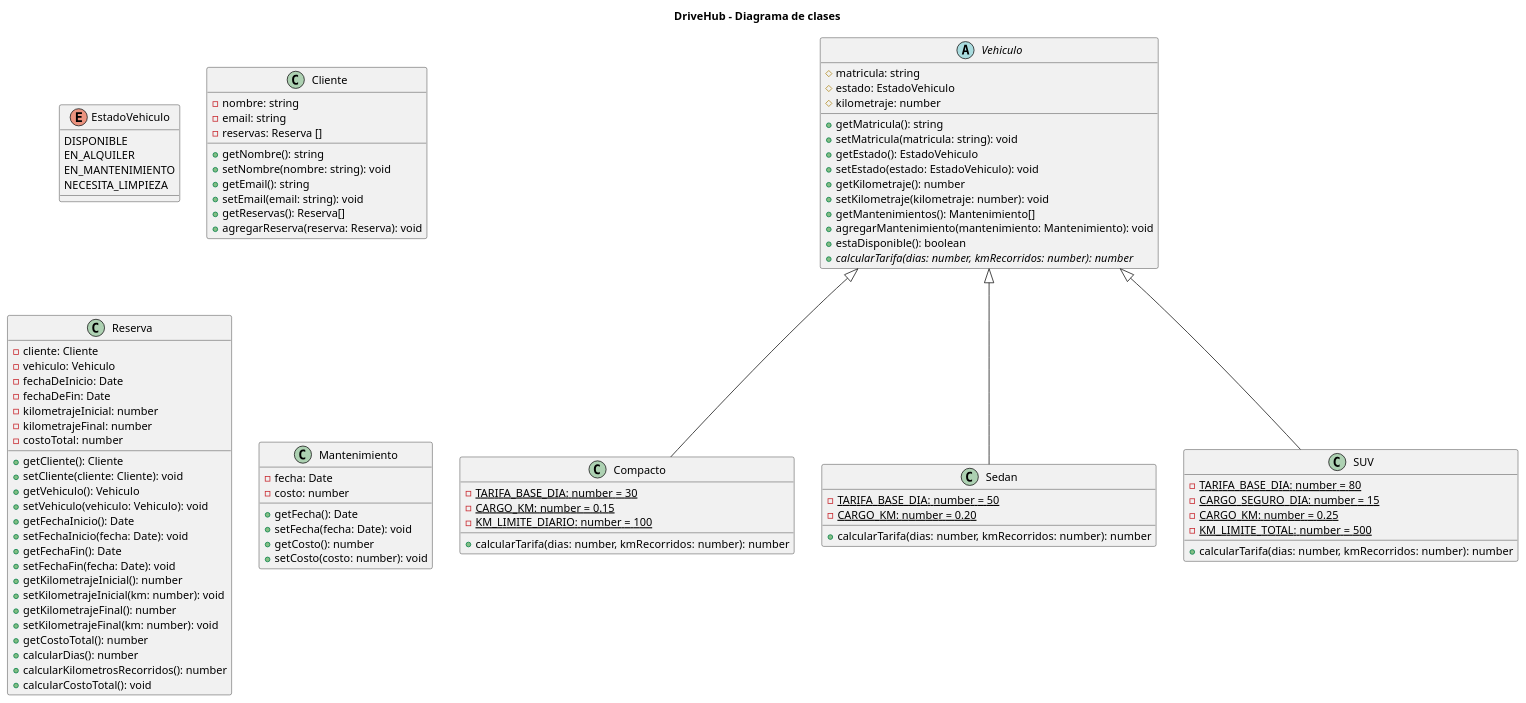
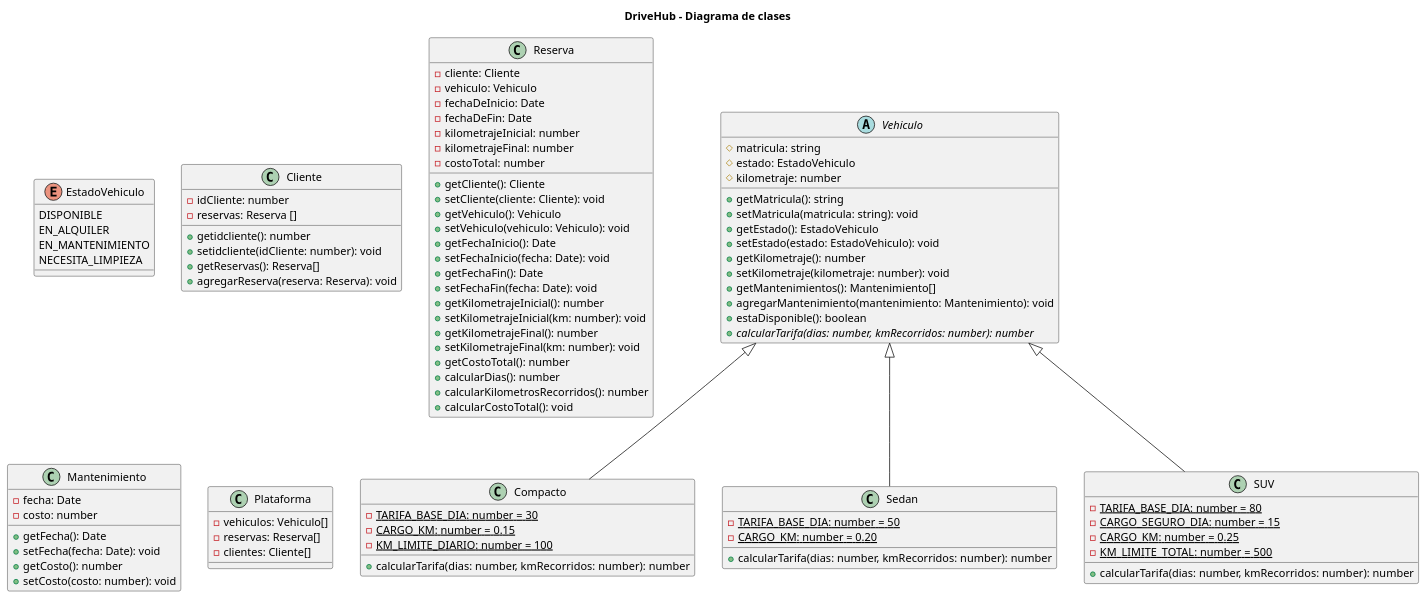
One commit to martingustavolopez/PROGRAMACION-II-CUVL changed the diagram in diagramas/diagrama.puml. Above: the diagram before and after it, drawn with PlantUML. The commit also changed 6 other files, not shown here.

```diff
--- a/diagramas/diagrama.puml
+++ b/diagramas/diagrama.puml
@@ -1,137 +1,140 @@
 @startuml
 
 title DriveHub - Diagrama de clases
 
 ' Enumeracion de estado vehiculo
 enum EstadoVehiculo {
     DISPONIBLE
     EN_ALQUILER
     EN_MANTENIMIENTO
     NECESITA_LIMPIEZA
 }
 
 abstract class Vehiculo {
     # matricula: string
     # estado: EstadoVehiculo
     # kilometraje: number
     
 
 
     + getMatricula(): string
     + setMatricula(matricula: string): void
     + getEstado(): EstadoVehiculo
     + setEstado(estado: EstadoVehiculo): void
     + getKilometraje(): number
     + setKilometraje(kilometraje: number): void
     + getMantenimientos(): Mantenimiento[]
     + agregarMantenimiento(mantenimiento: Mantenimiento): void
     + estaDisponible(): boolean
     + {abstract} calcularTarifa(dias: number, kmRecorridos: number): number
 
     
 }
 
 class Compacto {
     - {static} TARIFA_BASE_DIA: number = 30
     - {static} CARGO_KM: number = 0.15
     - {static} KM_LIMITE_DIARIO: number = 100 
 
     + calcularTarifa(dias: number, kmRecorridos: number): number             
 
 }
 
 class Sedan {
     - {static} TARIFA_BASE_DIA: number = 50
     - {static} CARGO_KM: number = 0.20
 
     + calcularTarifa(dias: number, kmRecorridos: number): number
 
 }
 
 
 class SUV {
     - {static} TARIFA_BASE_DIA: number = 80
     - {static} CARGO_SEGURO_DIA: number = 15
     - {static} CARGO_KM: number = 0.25
     - {static} KM_LIMITE_TOTAL: number = 500
 
     + calcularTarifa(dias: number, kmRecorridos: number): number
 
 }
 
 
 class Cliente {
-    - nombre: string
-    - email: string
+    - idCliente: number
     - reservas: Reserva []
 
-    + getNombre(): string
-    + setNombre(nombre: string): void
-    + getEmail(): string
-    + setEmail(email: string): void
+    + getidcliente(): number
+    + setidcliente(idCliente: number): void
     + getReservas(): Reserva[]
     + agregarReserva(reserva: Reserva): void
 
 
 
 }
 
 class Reserva {
     - cliente: Cliente
     - vehiculo: Vehiculo
     - fechaDeInicio: Date
     - fechaDeFin: Date
     - kilometrajeInicial: number
     - kilometrajeFinal: number
     - costoTotal: number
 
     + getCliente(): Cliente
     + setCliente(cliente: Cliente): void
     + getVehiculo(): Vehiculo
     + setVehiculo(vehiculo: Vehiculo): void
     + getFechaInicio(): Date
     + setFechaInicio(fecha: Date): void
     + getFechaFin(): Date
     + setFechaFin(fecha: Date): void
     + getKilometrajeInicial(): number
     + setKilometrajeInicial(km: number): void
     + getKilometrajeFinal(): number
     + setKilometrajeFinal(km: number): void
     + getCostoTotal(): number
     + calcularDias(): number
     + calcularKilometrosRecorridos(): number
     + calcularCostoTotal(): void
 
     
 }
 
 class Mantenimiento {
     - fecha: Date
     - costo: number
     
 
     + getFecha(): Date
     + setFecha(fecha: Date): void
     + getCosto(): number
     + setCosto(costo: number): void
 
 
 }
 
+class Plataforma {
+  - vehiculos: Vehiculo[]
+  - reservas: Reserva[]
+  - clientes: Cliente[]
+}
+
 
 
 ' Relaciones de herencia
 Vehiculo <|-- Compacto
 Vehiculo <|-- Sedan
 Vehiculo <|-- SUV
 
 
 
 
 
 
 ' Notas
 
 
 
 @enduml
```
